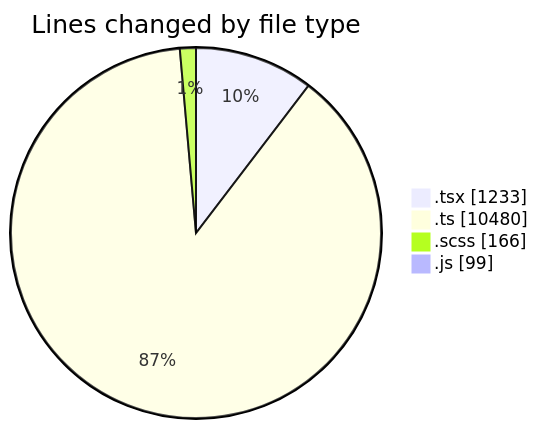
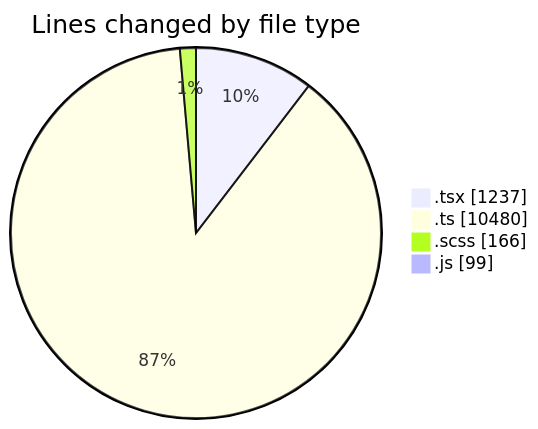
One commit to momahboobian/code-tracking changed the first of 2 diagrams in 2025-03-26/cda/README.md. Above: the diagram before and after it, drawn with Mermaid. The commit also changed other lines of this file and 1 other file, not shown here.

````diff
--- a/2025-03-26/cda/README.md
+++ b/2025-03-26/cda/README.md
@@ -43,8 +43,8 @@
 ```mermaid
 pie showData
 title Lines changed by file type
-".tsx" : 1233
+".tsx" : 1237
 ".ts" : 10480
 ".scss" : 166
 ".js" : 99
 ```
````
